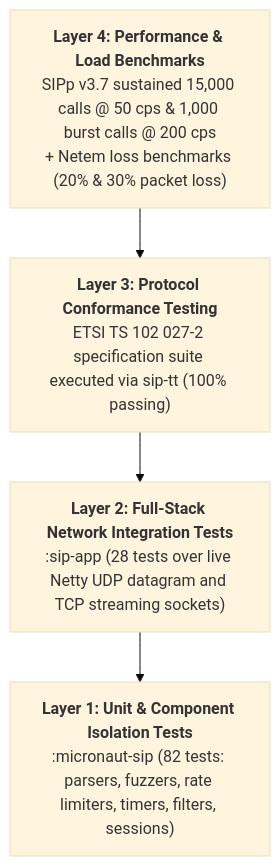
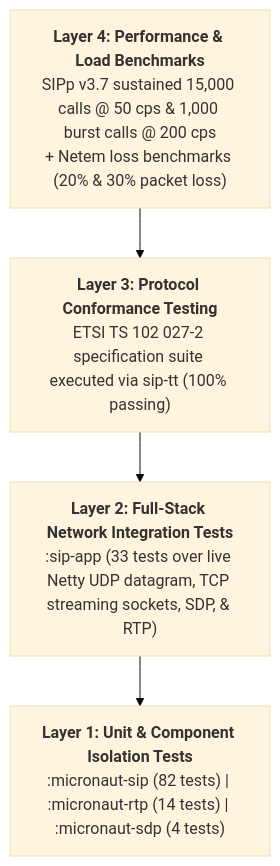
One commit to net-pilgrim/micronaut-sip changed the diagram in doc/TESTING.md. Above: the diagram before and after it, drawn with Mermaid (base theme). The commit also changed other lines of this file and 2 other files, not shown here.

````diff
--- a/doc/TESTING.md
+++ b/doc/TESTING.md
@@ -7,10 +7,10 @@
 ```mermaid
 flowchart TD
     L4["<b>Layer 4: Performance & Load Benchmarks</b><br/>SIPp v3.7 sustained 15,000 calls @ 50 cps & 1,000 burst calls @ 200 cps<br/>+ Netem loss benchmarks (20% & 30% packet loss)"]
     L3["<b>Layer 3: Protocol Conformance Testing</b><br/>ETSI TS 102 027-2 specification suite executed via sip-tt (100% passing)"]
-    L2["<b>Layer 2: Full-Stack Network Integration Tests</b><br/>:sip-app (28 tests over live Netty UDP datagram and TCP streaming sockets)"]
-    L1["<b>Layer 1: Unit & Component Isolation Tests</b><br/>:micronaut-sip (82 tests: parsers, fuzzers, rate limiters, timers, filters, sessions)"]
+    L2["<b>Layer 2: Full-Stack Network Integration Tests</b><br/>:sip-app (33 tests over live Netty UDP datagram, TCP streaming sockets, SDP, & RTP)"]
+    L1["<b>Layer 1: Unit & Component Isolation Tests</b><br/>:micronaut-sip (82 tests) | :micronaut-rtp (14 tests) | :micronaut-sdp (4 tests)"]
     L4 --> L3
     L3 --> L2
     L2 --> L1
 ```
````
